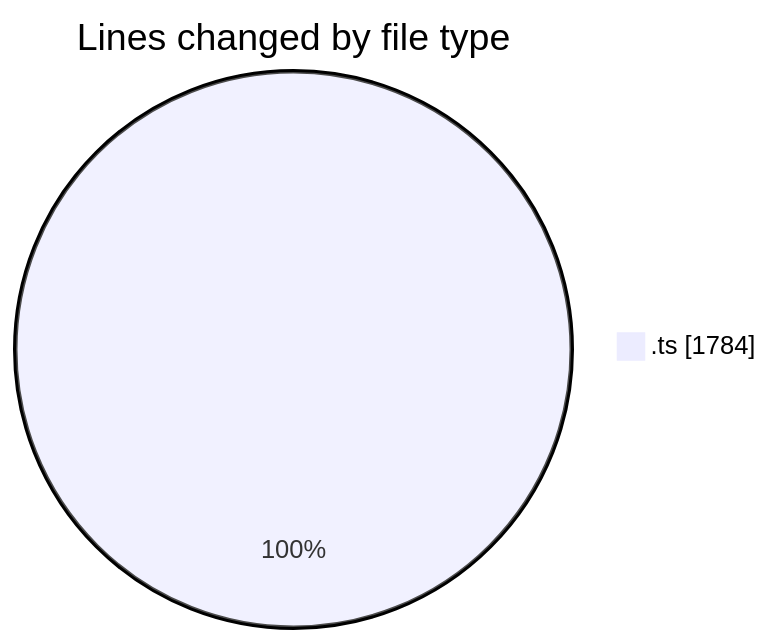
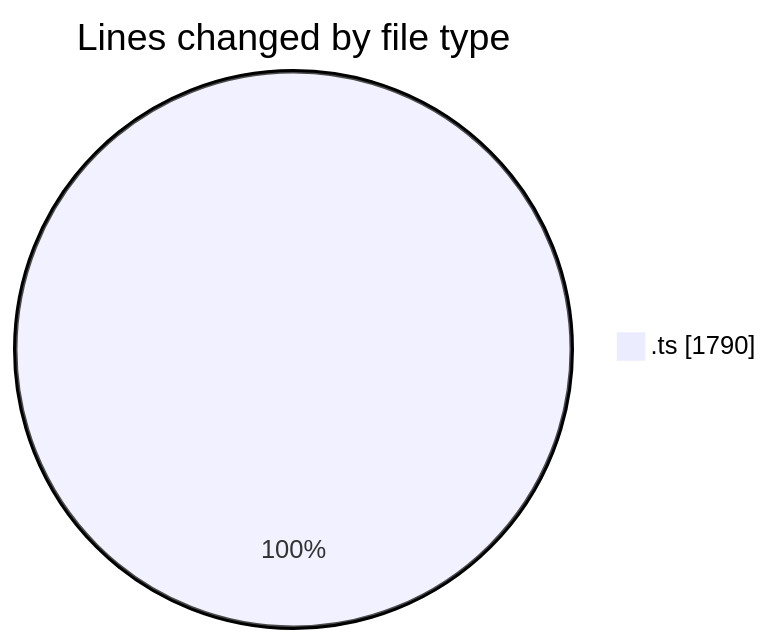
One commit to nxtqubesakshisongat/code-tracking changed the first of 2 diagrams in 2026-03-13/nxtqube_webapp/README.md. Above: the diagram before and after it, drawn with Mermaid. The commit also changed other lines of this file and 1 other file, not shown here.

````diff
--- a/2026-03-13/nxtqube_webapp/README.md
+++ b/2026-03-13/nxtqube_webapp/README.md
@@ -20,5 +20,5 @@
 ```mermaid
 pie showData
 title Lines changed by file type
-".ts" : 1784
+".ts" : 1790
 ```
````
